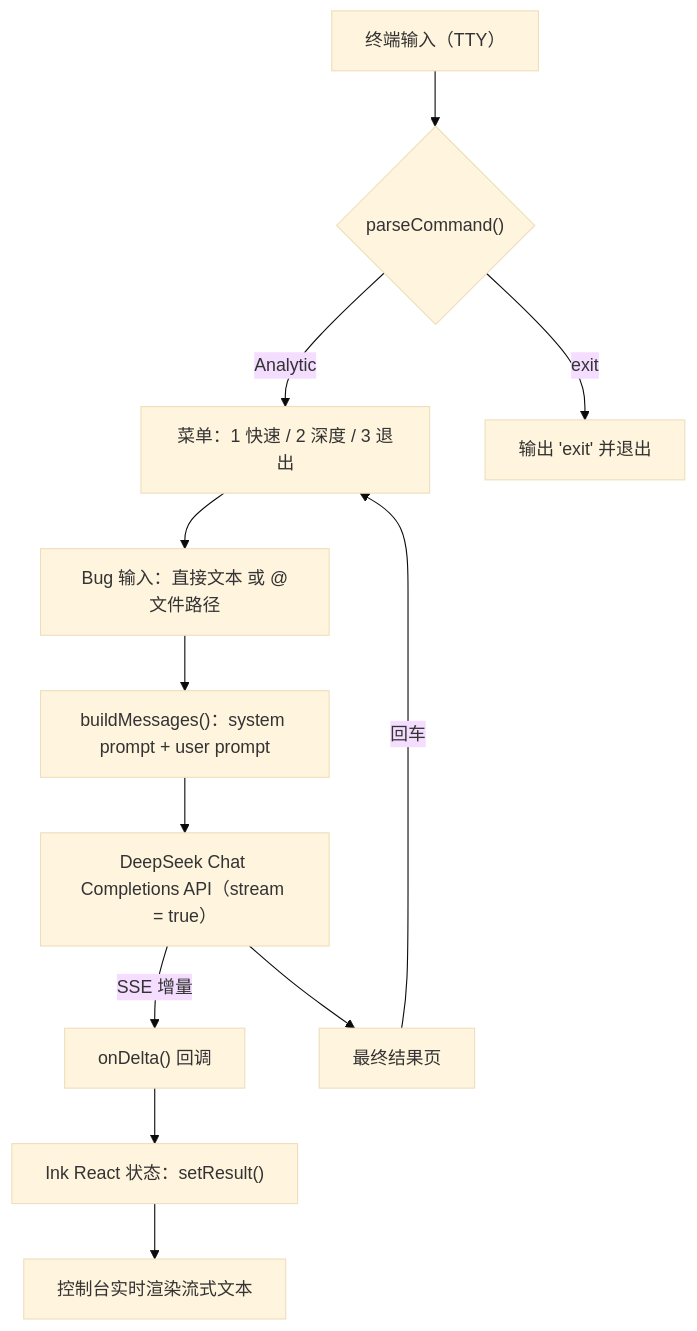
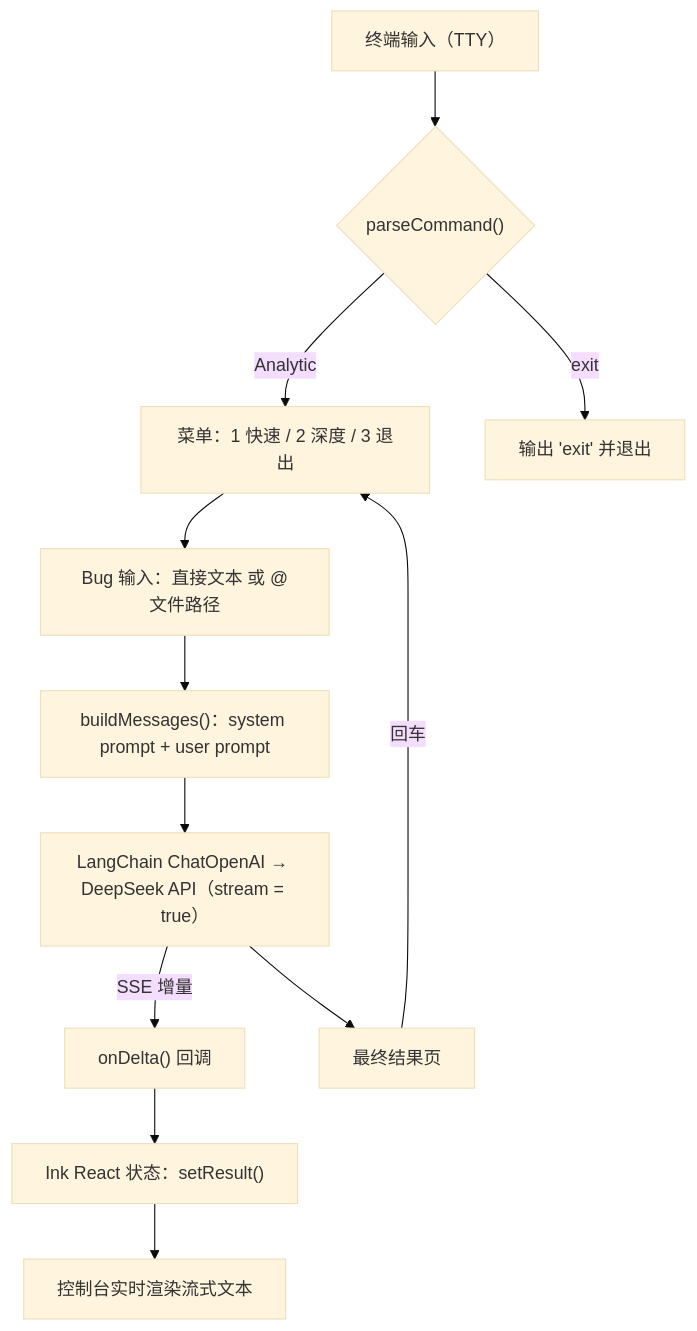
Before and after one commit to TJYOYO/BugAnalytic-Agent: the second of 2 diagrams in README.md, drawn with Mermaid (base theme). The commit also changed other lines of this file and 7 other files, not shown here.

````diff
--- a/README.md
+++ b/README.md
@@ -218,14 +219,14 @@
 ```mermaid
 flowchart TD
     A["终端输入（TTY）"] --> B{"parseCommand()"}
     B -->|"Analytic"| C["菜单：1 快速 / 2 深度 / 3 退出"]
     B -->|"exit"| Z["输出 'exit' 并退出"]
     C --> D["Bug 输入：直接文本 或 @文件路径"]
     D --> E["buildMessages()：system prompt + user prompt"]
-    E --> F["DeepSeek Chat Completions API（stream = true）"]
+    E --> F["LangChain ChatOpenAI → DeepSeek API（stream = true）"]
     F -->|"SSE 增量"| G["onDelta() 回调"]
     G --> H["Ink React 状态：setResult()"]
     H --> I["控制台实时渲染流式文本"]
     F --> J["最终结果页"]
     J -->|"回车"| C
 ```
````
